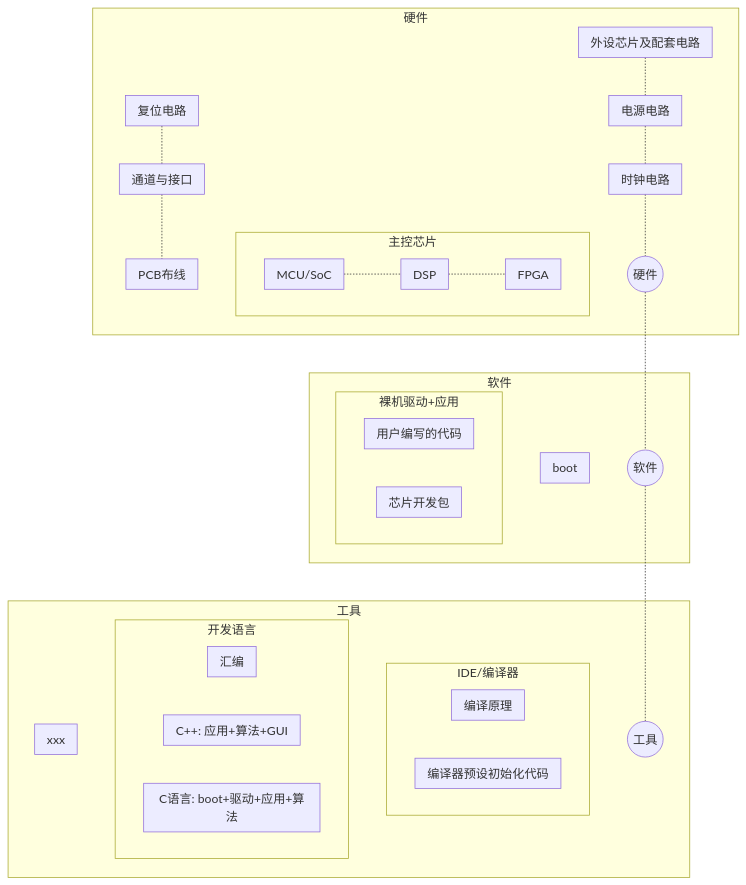
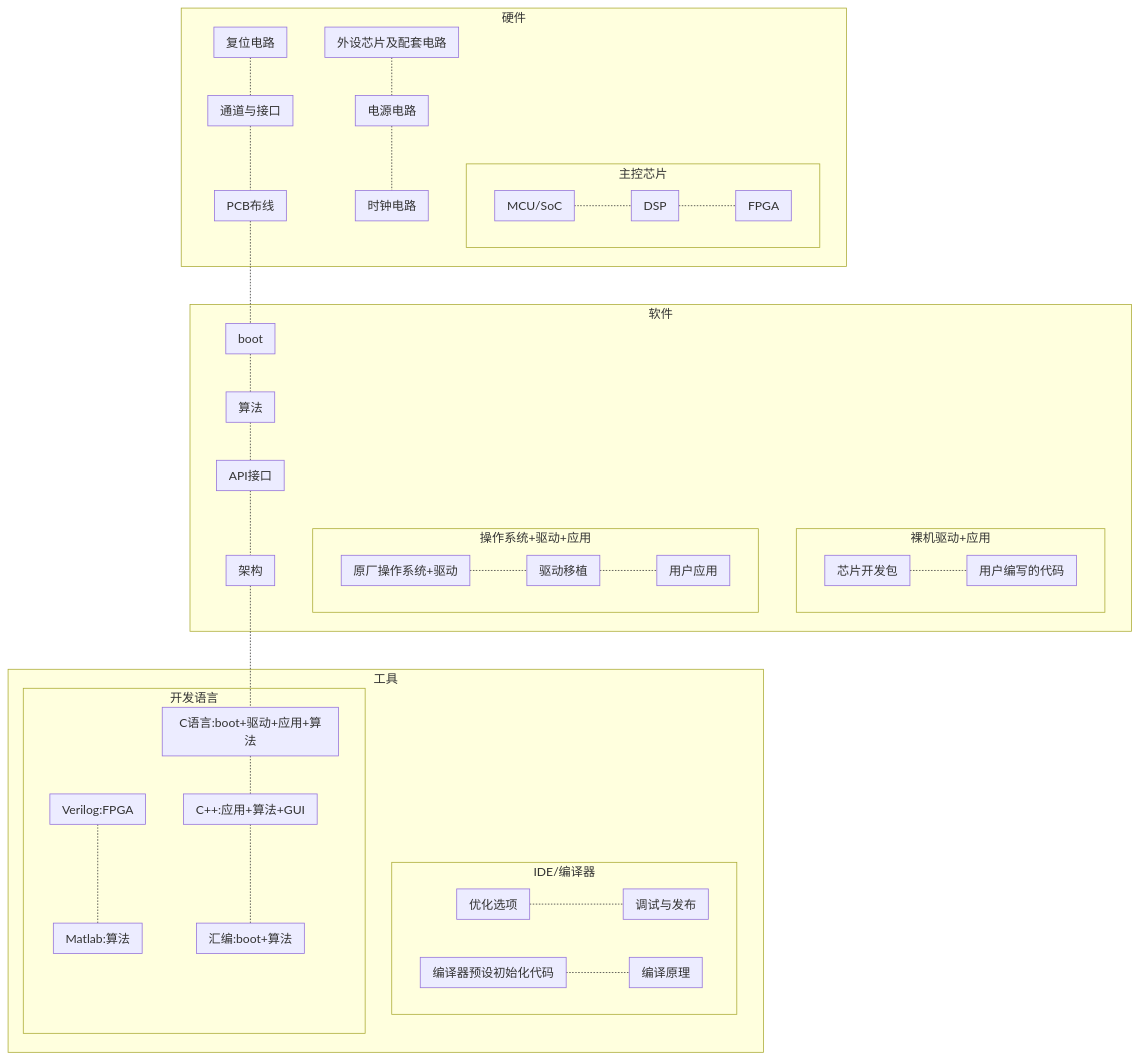
The diagram in readme.md (xuan07472/embedded-knowledge-wiki), drawn with Mermaid before and after one commit. The commit also changed other lines of this file, not shown here.

Commit message:
[MODIFY] 完成嵌入式框图

````diff
--- a/readme.md
+++ b/readme.md
@@ -35,80 +31,115 @@
 
         subgraph FPGA
         end
-        
+
         MCU/SoC -.- DSP -.- FPGA
     end
-    
+
     subgraph 外设芯片及配套电路
     end
-    
+
     subgraph 电源电路
     end
-    
+
     subgraph 时钟电路
     end
-    
+
     外设芯片及配套电路 -.- 电源电路 -.- 时钟电路
-        
+
     subgraph 复位电路
     end
-    
+
     subgraph 通道与接口
-    
+
     end
-    
+
     subgraph PCB布线
     end
 
-	复位电路 -.- 通道与接口 -.- PCB布线
-
-    A((硬件))
-    
-    时钟电路 -.- A
+    复位电路 -.- 通道与接口 -.- PCB布线
 end
 
+PCB布线 -.- boot
+
 subgraph 软件
-    subgraph boot
-    end
-    
-	B((软件))
-	
     subgraph 裸机驱动+应用
         subgraph 芯片开发包
         end
 
         subgraph 用户编写的代码
         end
+
+        芯片开发包 -.- 用户编写的代码
+    end
+
+    subgraph 操作系统+驱动+应用
+        subgraph 原厂操作系统+驱动
+        end
+
+        subgraph 驱动移植
+        end
+
+        subgraph 用户应用
+        end
+
+    原厂操作系统+驱动 -.- 驱动移植 -.- 用户应用
+    end
+
+    subgraph boot
+    end
+
+    subgraph 算法
+    end
+
+    subgraph API接口
+    end
+
+    subgraph 架构
+    end
+
+    boot -.- 算法 -.- API接口 -.- 架构
+end
+
+架构 -.- C语言:boot+驱动+应用+算法
+
+subgraph 工具
+    subgraph IDE/编译器
+        subgraph 编译器预设初始化代码
+        end
+
+        subgraph 编译原理
+        end
+
+        编译器预设初始化代码 -.- 编译原理
+
+        subgraph 优化选项
+        end
+
+        subgraph 调试与发布
+        end
+
+        优化选项 -.- 调试与发布
+    end
+
+    subgraph 开发语言
+        subgraph C语言:boot+驱动+应用+算法
+        end
+
+        subgraph C++:应用+算法+GUI
+        end
+
+        subgraph 汇编:boot+算法
+        end
+
+        subgraph Verilog:FPGA
+        end
+
+        subgraph Matlab:算法
+        end
+
+        C语言:boot+驱动+应用+算法 -.- C++:应用+算法+GUI -.- 汇编:boot+算法
+
+        Verilog:FPGA -.- Matlab:算法
     end
 end
-
-subgraph 工具
-	subgraph IDE/编译器
-		subgraph 编译器预设初始化代码
-		end
-		
-		subgraph 编译原理
-		end
-	end
-	
-	C((工具))
-            
-    subgraph 开发语言
-		subgraph C语言: boot+驱动+应用+算法
-		end
-	
-		subgraph C++: 应用+算法+GUI
-		end
-		
-		subgraph 汇编
-		end
-	end
-	
-	subgraph xxx
-	end
-
-end
-
-A((硬件)) -.- B((软件)) -.- C((工具))
-
 ```
````
